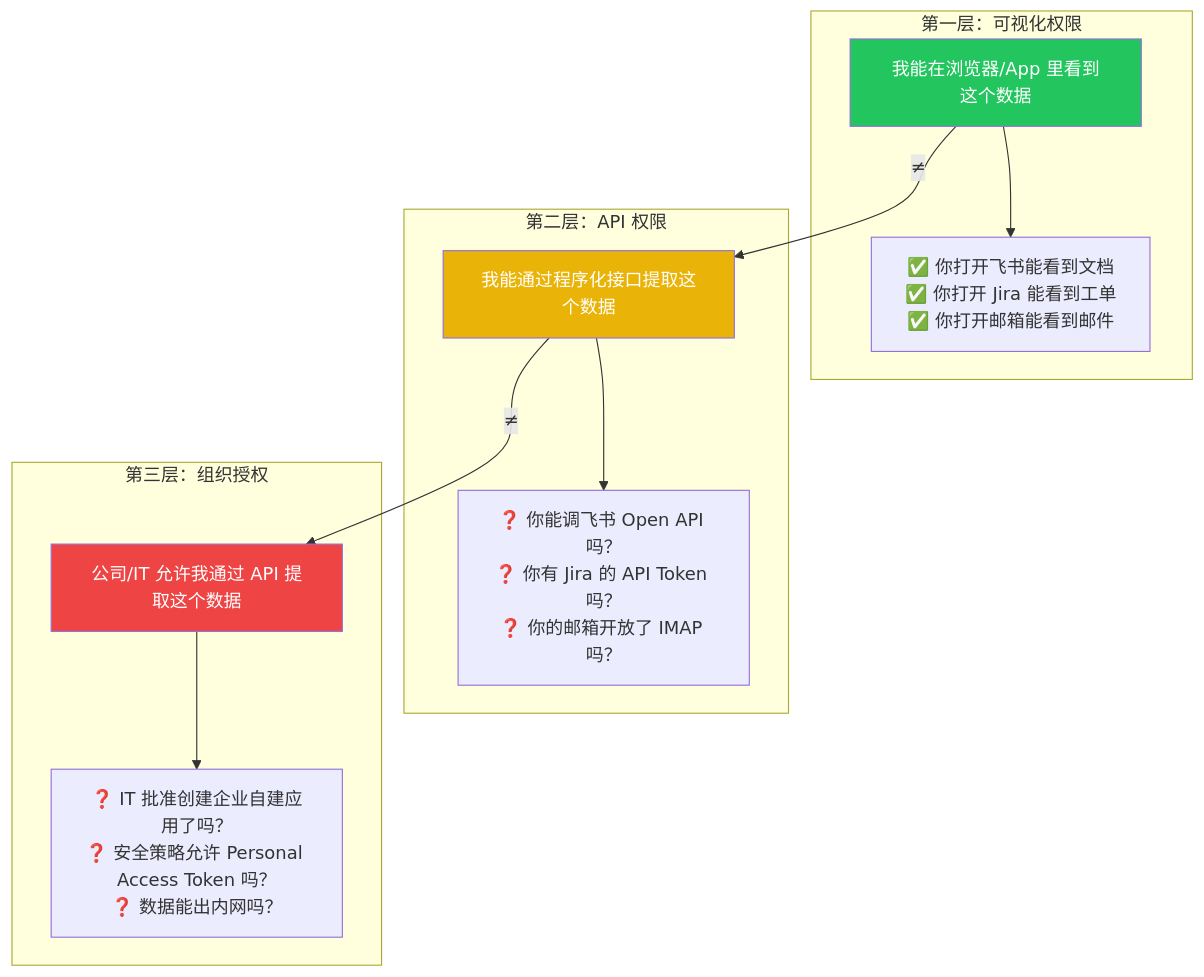
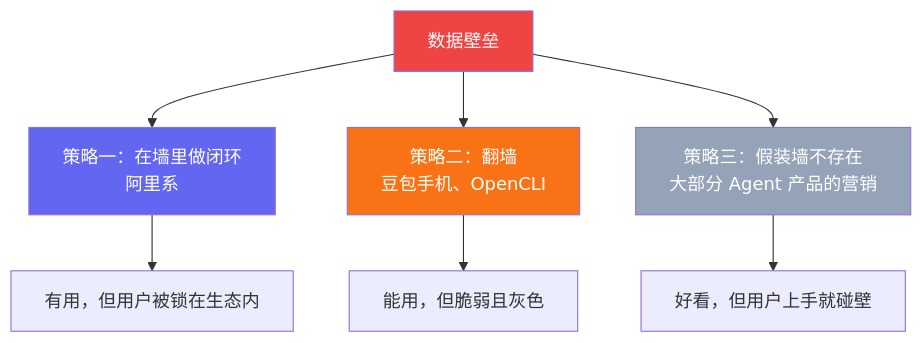
Before and after one commit to Trashwbin/quill: the first of 8 diagrams in content/zh/posts/visual-vs-api-permission.md, drawn with Mermaid. The commit also changed other lines of this file and 5 other files, not shown here.

````diff
--- a/content/zh/posts/visual-vs-api-permission.md
+++ b/content/zh/posts/visual-vs-api-permission.md
@@ -17,24 +16,17 @@
 ```mermaid
 graph TB
-    subgraph "第一层：可视化权限"
-        L1["我能在浏览器/App 里看到这个数据"]
-        L1 --> L1_ex["✅ 你打开飞书能看到文档<br/>✅ 你打开 Jira 能看到工单<br/>✅ 你打开邮箱能看到邮件"]
-    end
+    Wall["数据壁垒"]
     
-    subgraph "第二层：API 权限"
-        L2["我能通过程序化接口提取这个数据"]
-        L2 --> L2_ex["❓ 你能调飞书 Open API 吗？<br/>❓ 你有 Jira 的 API Token 吗？<br/>❓ 你的邮箱开放了 IMAP 吗？"]
-    end
+    Wall --> S1["策略一：在墙里做闭环<br/>阿里系"]
+    Wall --> S2["策略二：翻墙<br/>豆包手机、OpenCLI"]
+    Wall --> S3["策略三：假装墙不存在<br/>大部分 Agent 产品的营销"]
     
-    subgraph "第三层：组织授权"
-        L3["公司/IT 允许我通过 API 提取这个数据"]
-        L3 --> L3_ex["❓ IT 批准创建企业自建应用了吗？<br/>❓ 安全策略允许 Personal Access Token 吗？<br/>❓ 数据能出内网吗？"]
-    end
+    S1 --> R1["有用，但用户被锁在生态内"]
+    S2 --> R2["能用，但脆弱且灰色"]
+    S3 --> R3["好看，但用户上手就碰壁"]
     
-    L1 -->|"≠"| L2
-    L2 -->|"≠"| L3
-    
-    style L1 fill:#22c55e,color:#fff
-    style L2 fill:#eab308,color:#fff
-    style L3 fill:#ef4444,color:#fff
+    style Wall fill:#ef4444,color:#fff
+    style S1 fill:#6366f1,color:#fff
+    style S2 fill:#f97316,color:#fff
+    style S3 fill:#94a3b8,color:#fff
 ```
````
